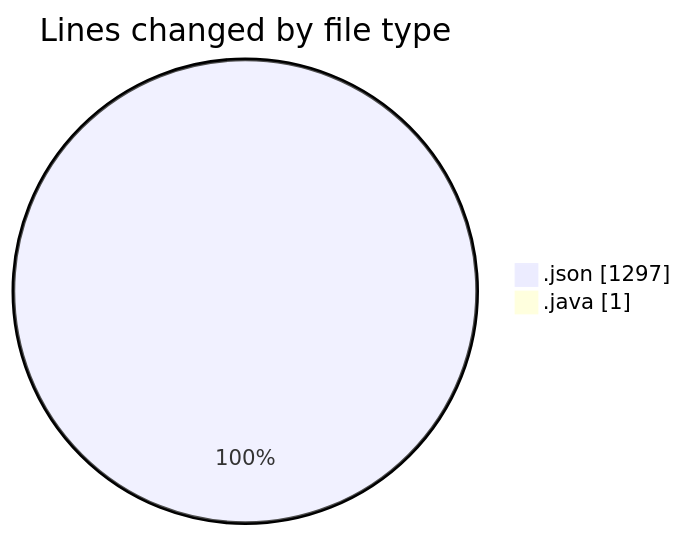
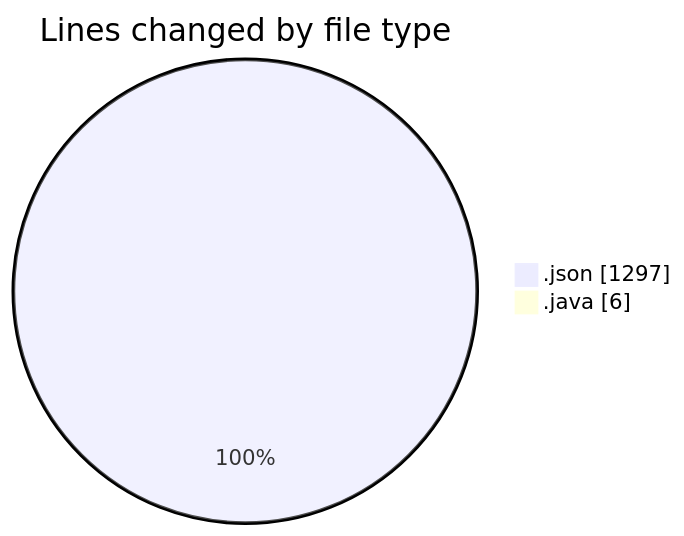
The first of 2 diagrams in 2026-09-17/cilapp/README.md (ricardozamudiocil/code-tracking), drawn with Mermaid before and after one commit. The commit also changed other lines of this file and 1 other file, not shown here.

````diff
--- a/2026-09-17/cilapp/README.md
+++ b/2026-09-17/cilapp/README.md
@@ -21,6 +21,6 @@
 ```mermaid
 pie showData
 title Lines changed by file type
 ".json" : 1297
-".java" : 1
+".java" : 6
 ```
````
